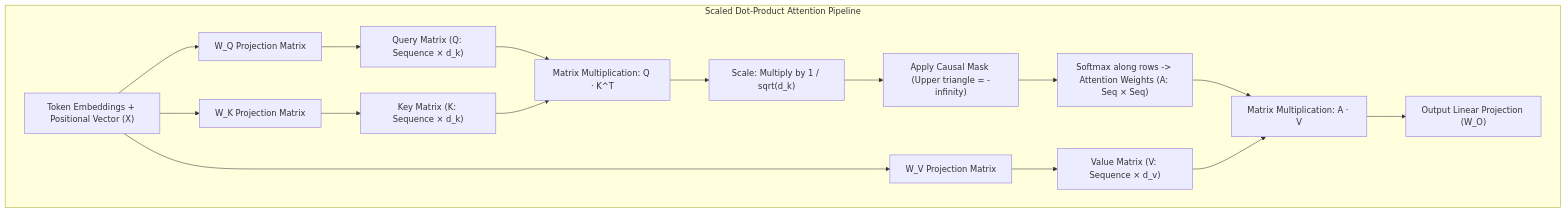
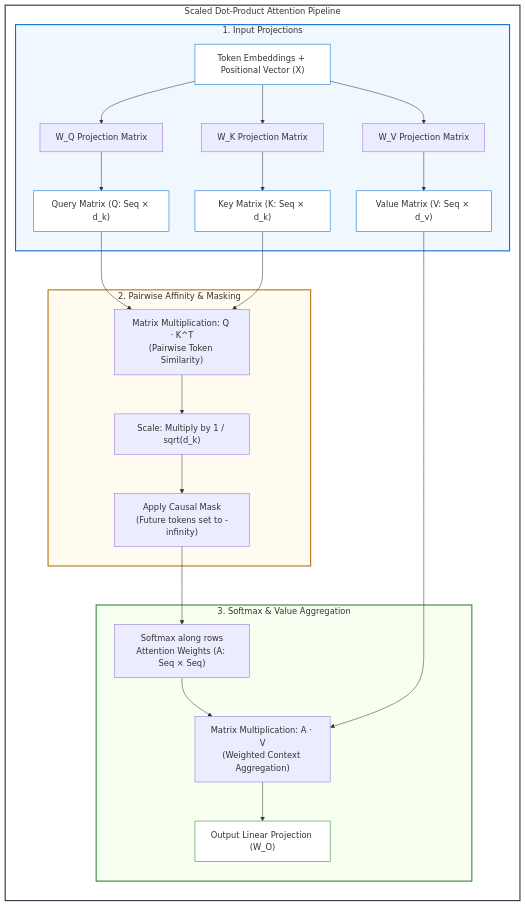
One commit to dip4k/senior-engineer-to-ai-engineer-roadmap changed the first of 2 diagrams in 00-foundations-and-token-mechanics/01-transformer-and-hardware-physics.md. Above: the diagram before and after it, drawn with Mermaid. The commit also changed other lines of this file and 6 other files, not shown here.

````diff
--- a/00-foundations-and-token-mechanics/01-transformer-and-hardware-physics.md
+++ b/00-foundations-and-token-mechanics/01-transformer-and-hardware-physics.md
@@ -125,19 +151,41 @@
 ```mermaid
 flowchart TD
-    subgraph AttentionCore["Scaled Dot-Product Attention Pipeline"]
-        X["Token Embeddings + Positional Vector (X)"] --> WQ["W_Q Projection Matrix"]
-        X --> WK["W_K Projection Matrix"]
-        X --> WV["W_V Projection Matrix"]
-        
-        WQ --> Q["Query Matrix (Q: Sequence × d_k)"]
-        WK --> K["Key Matrix (K: Sequence × d_k)"]
-        WV --> V["Value Matrix (V: Sequence × d_v)"]
-        
-        Q & K --> MatMul1["Matrix Multiplication: Q · K^T"]
-        MatMul1 --> Scale["Scale: Multiply by 1 / sqrt(d_k)"]
-        Scale --> Mask["Apply Causal Mask (Upper triangle = -infinity)"]
-        Mask --> Softmax["Softmax along rows -> Attention Weights (A: Seq × Seq)"]
-        Softmax & V --> MatMul2["Matrix Multiplication: A · V"]
-        MatMul2 --> Out["Output Linear Projection (W_O)"]
+    subgraph ATTN["Scaled Dot-Product Attention Pipeline"]
+        direction TB
+
+        subgraph INPUTS["1. Input Projections"]
+            X["Token Embeddings + Positional Vector (X)"]
+            WQ["W_Q Projection Matrix"]
+            WK["W_K Projection Matrix"]
+            WV["W_V Projection Matrix"]
+            
+            X --> WQ & WK & WV
+            WQ --> Q["Query Matrix (Q: Seq × d_k)"]
+            WK --> K["Key Matrix (K: Seq × d_k)"]
+            WV --> V["Value Matrix (V: Seq × d_v)"]
+        end
+
+        subgraph SIMILARITY["2. Pairwise Affinity & Masking"]
+            Q & K --> MatMul1["Matrix Multiplication: Q · K^T<br>(Pairwise Token Similarity)"]
+            MatMul1 --> Scale["Scale: Multiply by 1 / sqrt(d_k)"]
+            Scale --> Mask["Apply Causal Mask<br>(Future tokens set to -infinity)"]
+        end
+
+        subgraph NORMALIZATION["3. Softmax & Value Aggregation"]
+            Mask --> Softmax["Softmax along rows<br>Attention Weights (A: Seq × Seq)"]
+            Softmax & V --> MatMul2["Matrix Multiplication: A · V<br>(Weighted Context Aggregation)"]
+            MatMul2 --> Out["Output Linear Projection (W_O)"]
+        end
     end
+
+    style ATTN fill:#ffffff,stroke:#1e293b,stroke-width:2px
+    style INPUTS fill:#f0f7ff,stroke:#0066cc,stroke-width:2px
+    style SIMILARITY fill:#fffbf0,stroke:#b26b00,stroke-width:2px
+    style NORMALIZATION fill:#f6fff0,stroke:#2e7d32,stroke-width:2px
+
+    style X fill:#ffffff,stroke:#0066cc,stroke-width:1px
+    style Q fill:#ffffff,stroke:#0066cc,stroke-width:1px
+    style K fill:#ffffff,stroke:#0066cc,stroke-width:1px
+    style V fill:#ffffff,stroke:#0066cc,stroke-width:1px
+    style Out fill:#ffffff,stroke:#2e7d32,stroke-width:1px
 ```
````
